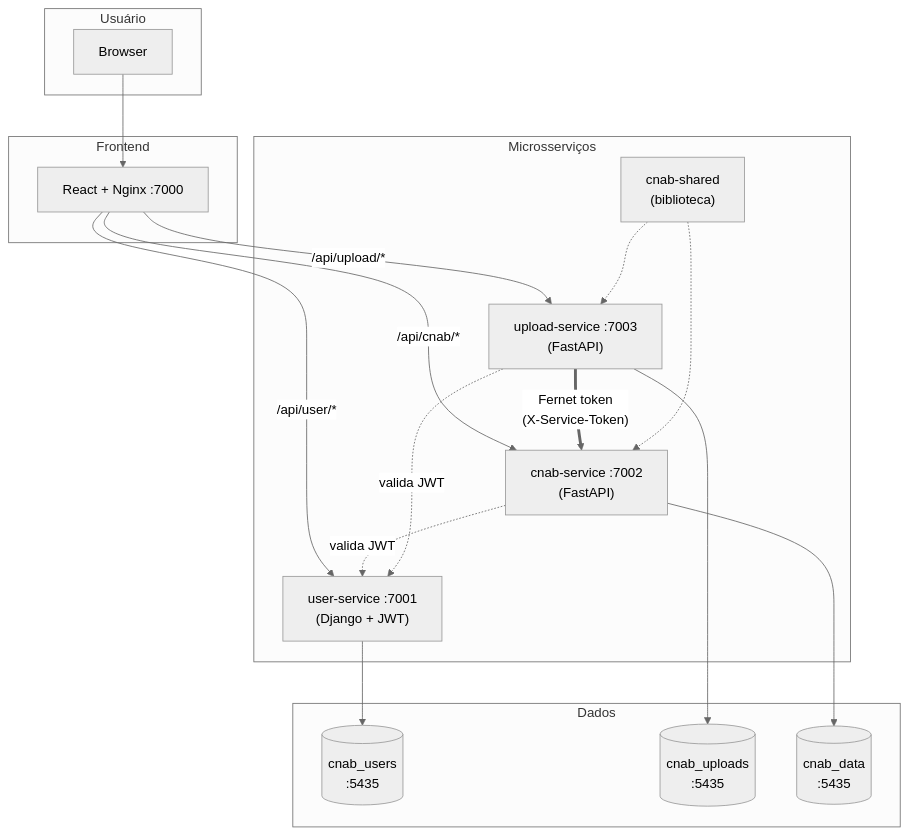
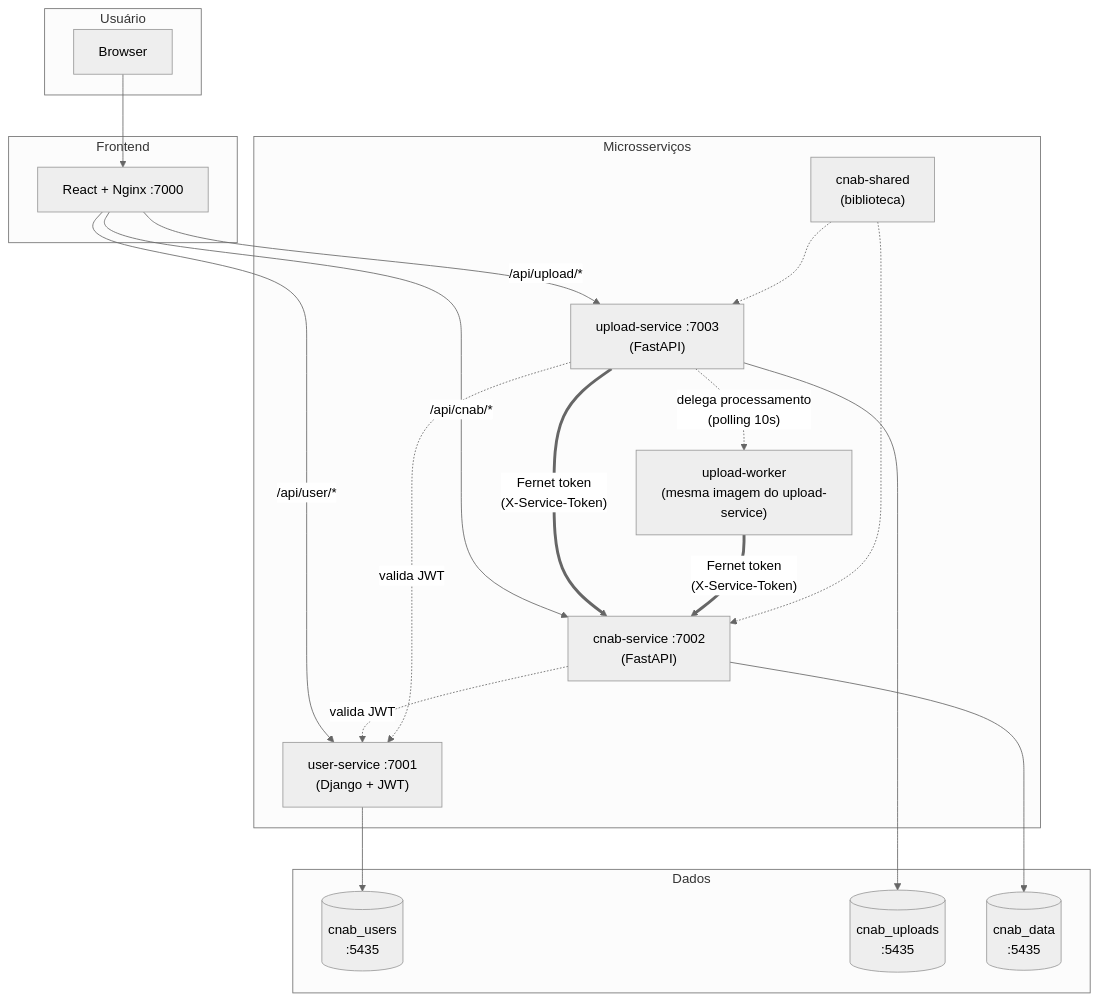
One commit to LucasBiason/desafio-dev changed the diagram in docs/20-design/architecture.md. Above: the diagram before and after it, drawn with Mermaid (neutral theme). The commit also changed other lines of this file and 45 other files, not shown here.

First line of the commit message:
feat(dashboard): extract cnab-dashboard service, redesign frontend charts and filters

````diff
--- a/docs/20-design/architecture.md
+++ b/docs/20-design/architecture.md
@@ -7,36 +7,39 @@
 ```mermaid
 flowchart TB
   subgraph User["Usuário"]
     Browser[Browser]
   end
 
   subgraph Frontend["Frontend"]
     FE["React + Nginx :7000"]
   end
 
   subgraph Services["Microsserviços"]
     US["user-service :7001\n(Django + JWT)"]
     UPS["upload-service :7003\n(FastAPI)"]
+    UPW["upload-worker\n(mesma imagem do upload-service)"]
     CS["cnab-service :7002\n(FastAPI)"]
     SH["cnab-shared\n(biblioteca)"]
   end
 
   subgraph Data["Dados"]
     PG_USERS[("cnab_users\n:5435")]
     PG_UPLOADS[("cnab_uploads\n:5435")]
     PG_DATA[("cnab_data\n:5435")]
   end
 
   Browser --> FE
   FE -->|"/api/user/*"| US
   FE -->|"/api/upload/*"| UPS
   FE -->|"/api/cnab/*"| CS
   UPS ==>|"Fernet token\n(X-Service-Token)"| CS
+  UPS -.->|"delega processamento\n(polling 10s)"| UPW
+  UPW ==>|"Fernet token\n(X-Service-Token)"| CS
   CS -.->|"valida JWT"| US
   UPS -.->|"valida JWT"| US
   SH -.-> CS
   SH -.-> UPS
   US --> PG_USERS
   UPS --> PG_UPLOADS
   CS --> PG_DATA
 ```
````
